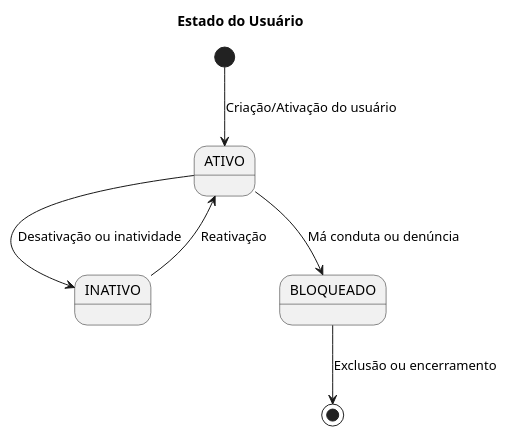
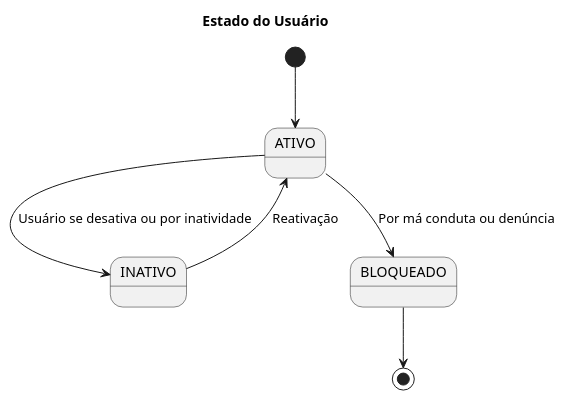
One commit to rafa-alves6/Reclama.se-AOO changed the diagram in modelos/DE_usuario.puml. Above: the diagram before and after it, drawn with PlantUML.

```diff
--- a/modelos/DE_usuario.puml
+++ b/modelos/DE_usuario.puml
@@ -1,11 +1,10 @@
 @startuml
 title Estado do Usuário
 
-[*] --> ATIVO : Criação/Ativação do usuário
-
-ATIVO --> INATIVO : Desativação ou inatividade
+[*] --> ATIVO
+ATIVO --> INATIVO : Usuário se desativa ou por inatividade
 INATIVO --> ATIVO : Reativação
-ATIVO --> BLOQUEADO : Má conduta ou denúncia
-BLOQUEADO --> [*] : Exclusão ou encerramento
+ATIVO --> BLOQUEADO : Por má conduta ou denúncia
+BLOQUEADO --> [*]
 
 @enduml
```
